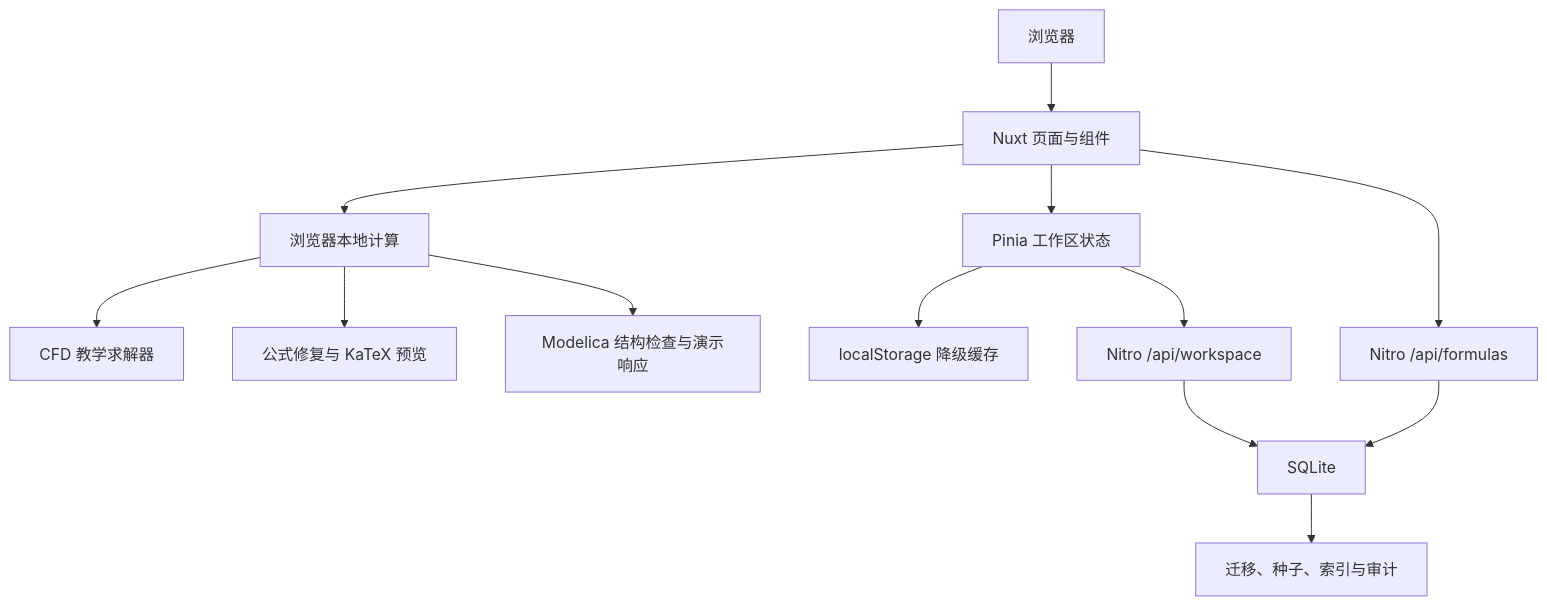
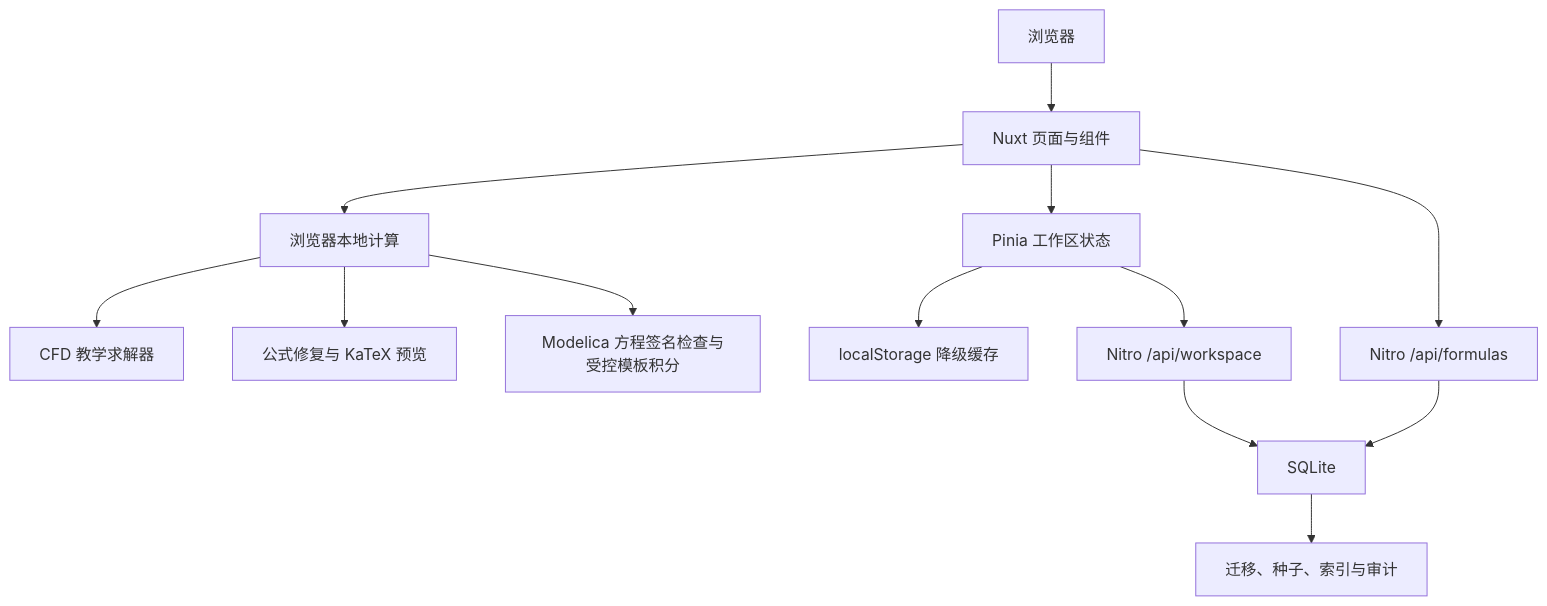
One commit to D-cheney/cfdsolve changed the first of 4 diagrams in docs/SITE_LOGIC_AND_FEATURES.md. Above: the diagram before and after it, drawn with Mermaid. The commit also changed other lines of this file and 11106 other files, not shown here.

````diff
--- a/docs/SITE_LOGIC_AND_FEATURES.md
+++ b/docs/SITE_LOGIC_AND_FEATURES.md
@@ -50,15 +50,15 @@
 ```mermaid
 flowchart TD
   B["浏览器"] --> N["Nuxt 页面与组件"]
   N --> P["Pinia 工作区状态"]
   N --> L["浏览器本地计算"]
   L --> C["CFD 教学求解器"]
   L --> F["公式修复与 KaTeX 预览"]
-  L --> M["Modelica 结构检查与演示响应"]
+  L --> M["Modelica 方程签名检查与受控模板积分"]
   P --> LS["localStorage 降级缓存"]
   P --> API["Nitro /api/workspace"]
   N --> FA["Nitro /api/formulas"]
   API --> DB["SQLite"]
   FA --> DB
   DB --> SEED["迁移、种子、索引与审计"]
 ```
````
